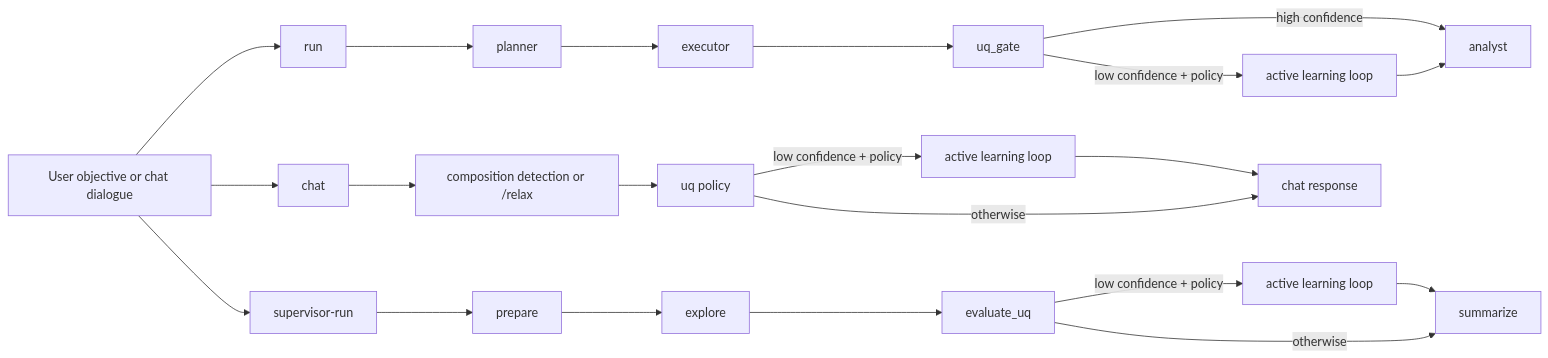
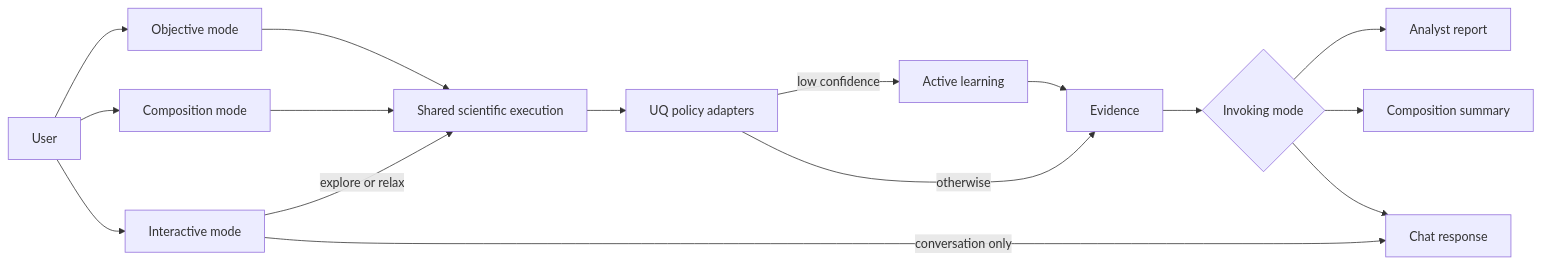
One commit to ORNL/matsim-agents changed the diagram in docs/workflows/agentic-ai-workflow-slides.md. Above: the diagram before and after it, drawn with Mermaid. The commit also changed 3 other files, not shown here.

Commit message:
Restructure workflow architecture diagrams

````diff
--- a/docs/workflows/agentic-ai-workflow-slides.md
+++ b/docs/workflows/agentic-ai-workflow-slides.md
@@ -5,27 +5,21 @@
 ```mermaid
 flowchart LR
-    U[User objective or chat dialogue]
+    U[User] --> O[Objective mode]
+    U --> P[Composition mode]
+    U --> I[Interactive mode]
 
-    U --> R0[run]
-    R0 --> R1[planner]
-    R1 --> R2[executor]
-    R2 --> R3[uq_gate]
-    R3 -->|high confidence| R4[analyst]
-    R3 -->|low confidence + policy| RAL[active learning loop]
-    RAL --> R4
+    O --> X[Shared scientific execution]
+    P --> X
+    I -->|explore or relax| X
+    I -->|conversation only| IR[Chat response]
 
-    U --> S0[supervisor-run]
-    S0 --> S1[prepare]
-    S1 --> S2[explore]
-    S2 --> S3[evaluate_uq]
-    S3 -->|low confidence + policy| SAL[active learning loop]
-    SAL --> S4[summarize]
-    S3 -->|otherwise| S4[summarize]
+    X --> Q[UQ policy adapters]
+    Q -->|low confidence| AL[Active learning]
+    Q -->|otherwise| E[Evidence]
+    AL --> E
 
-    U --> C0[chat]
-    C0 --> C1[composition detection or /relax]
-    C1 --> C2[uq policy]
-    C2 -->|low confidence + policy| CAL[active learning loop]
-    CAL --> C3[chat response]
-    C2 -->|otherwise| C3
+    E --> R{Invoking mode}
+    R --> OA[Analyst report]
+    R --> PS[Composition summary]
+    R --> IR
 ```
````
